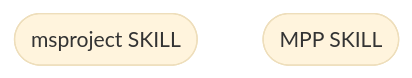
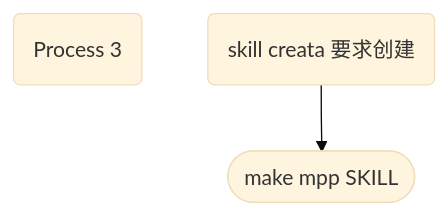
Before and after one commit to fireflysss/mermaid-notes: the diagram in notes/进度MMP skill (local)_289c8ca6-dc65-4f5d-8e6f-773a3c6cc0dc.md, drawn with Mermaid (base theme). The commit also changed 3 other files, not shown here.

Commit message:
Sync Mermaid Studio data (11 diagrams)

````diff
--- a/notes/进度MMP skill (local)_289c8ca6-dc65-4f5d-8e6f-773a3c6cc0dc.md
+++ b/notes/进度MMP skill (local)_289c8ca6-dc65-4f5d-8e6f-773a3c6cc0dc.md
@@ -3,6 +3,8 @@
 ```mermaid
 flowchart TD
-  n_0(["msproject SKILL"])
-  n_1(["MPP SKILL"])
+  n_0(["make mpp SKILL"])
+  n_1("Process 3")
+  n_2("skill  creata 要求创建")
+  n_2 --> n_0
 
 ```
````
